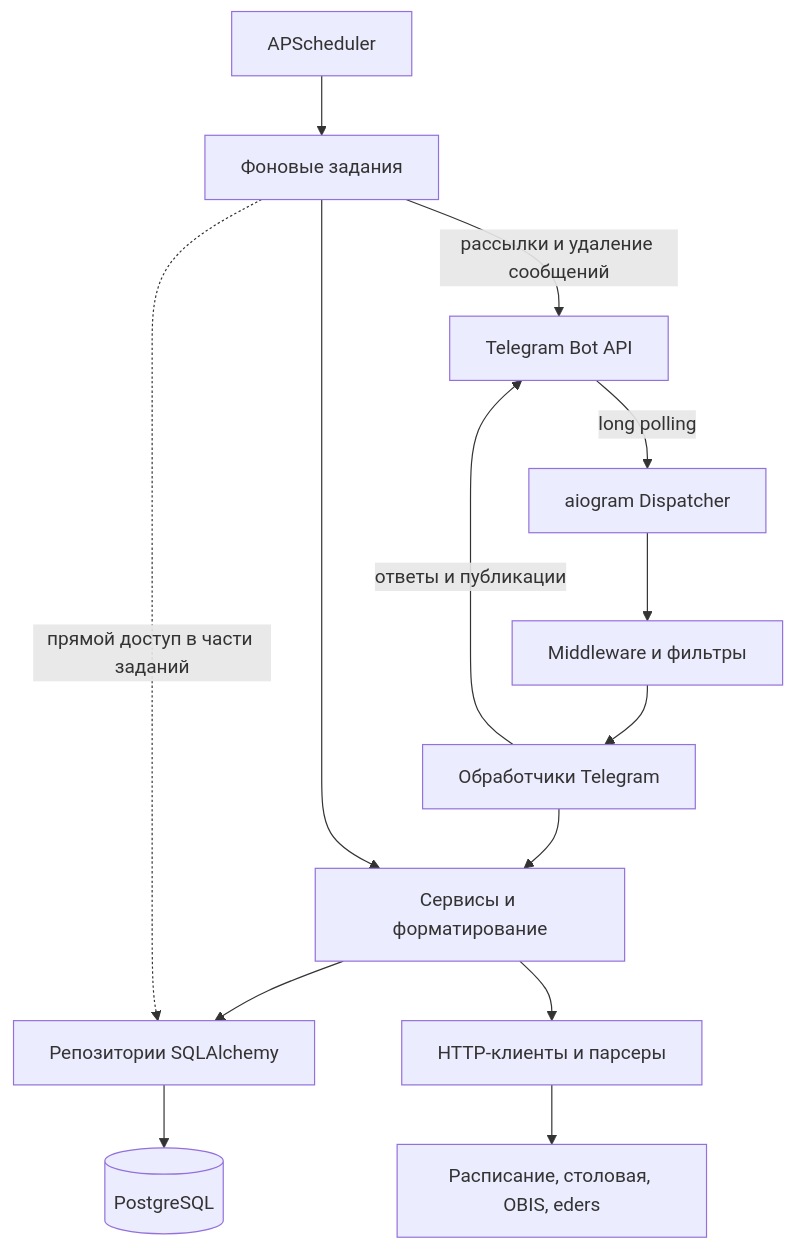
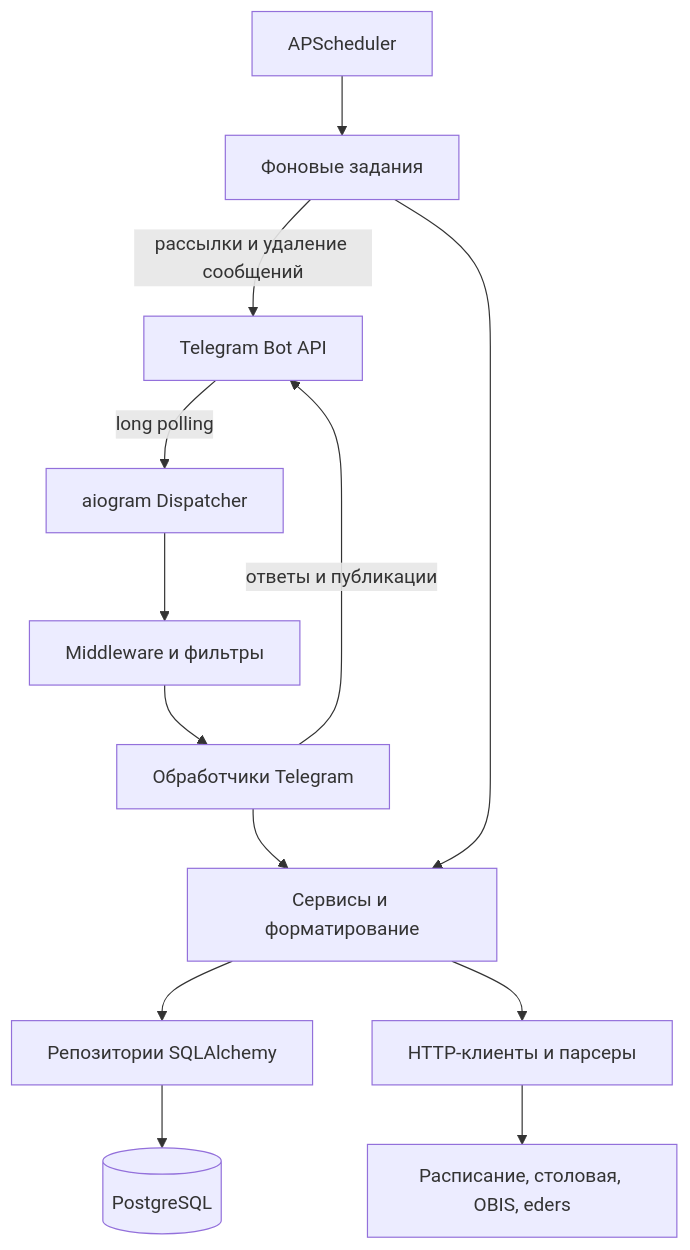
Before and after one commit to usbtypec1/manashelper: the diagram in docs/ARCHITECTURE.md, drawn with Mermaid. The commit also changed other lines of this file and 114 other files, not shown here.

````diff
--- a/docs/ARCHITECTURE.md
+++ b/docs/ARCHITECTURE.md
@@ -34,16 +34,15 @@
 ```mermaid
 flowchart TD
     TG[Telegram Bot API] -->|long polling| DP[aiogram Dispatcher]
     DP --> MW[Middleware и фильтры]
     MW --> RT[Обработчики Telegram]
     RT --> SV[Сервисы и форматирование]
     SC[APScheduler] --> JB[Фоновые задания]
     JB --> SV
     SV --> RP[Репозитории SQLAlchemy]
     RP --> DB[(PostgreSQL)]
     SV --> CL[HTTP-клиенты и парсеры]
     CL --> UNI[Расписание, столовая, OBIS, eders]
     RT -->|ответы и публикации| TG
     JB -->|рассылки и удаление сообщений| TG
-    JB -. прямой доступ в части заданий .-> RP
 ```
````
